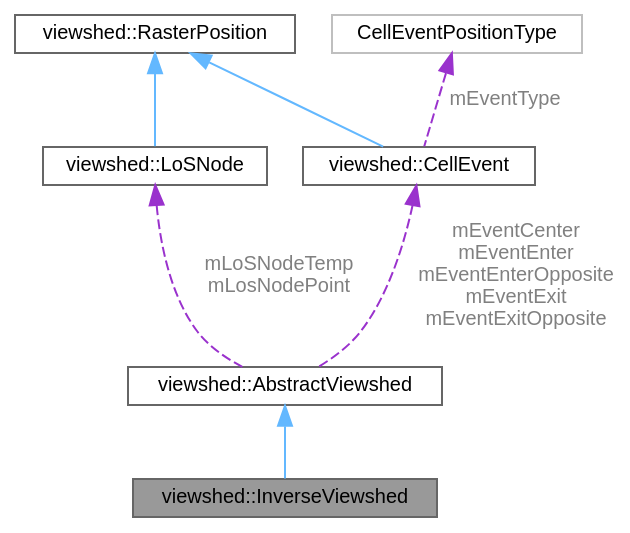
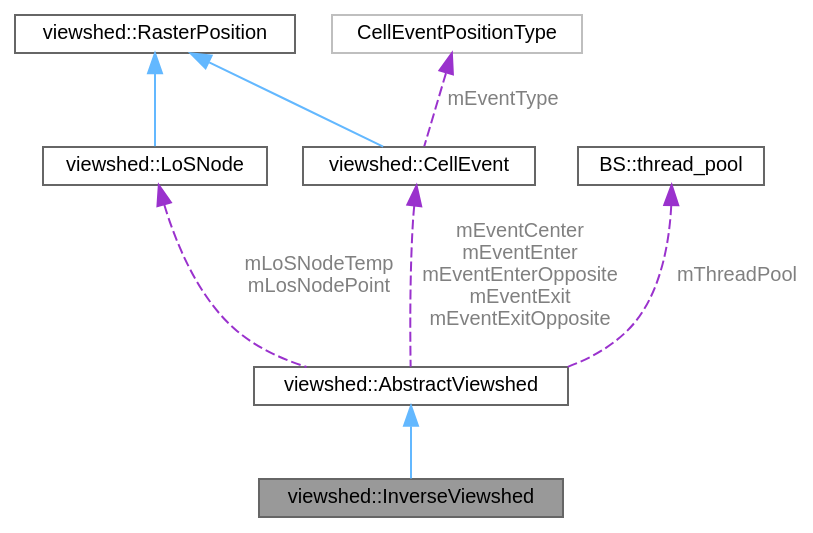
One commit to JanCaha/cpp-viewshed-library changed the diagram in classviewshed_1_1InverseViewshed__coll__graph.dot. Above: the diagram before and after it, drawn with Graphviz. The commit also changed 141 other files, not shown here.

```diff
--- a/classviewshed_1_1InverseViewshed__coll__graph.dot
+++ b/classviewshed_1_1InverseViewshed__coll__graph.dot
@@ -1,19 +1,21 @@
 digraph "viewshed::InverseViewshed"
 {
  // LATEX_PDF_SIZE
   bgcolor="transparent";
   edge [fontname=Helvetica,fontsize=10,labelfontname=Helvetica,labelfontsize=10];
   node [fontname=Helvetica,fontsize=10,shape=box,height=0.2,width=0.4];
   Node1 [id="Node000001",label="viewshed::InverseViewshed",height=0.2,width=0.4,color="gray40", fillcolor="grey60", style="filled", fontcolor="black",tooltip=" "];
   Node2 -> Node1 [id="edge1_Node000001_Node000002",dir="back",color="steelblue1",style="solid",tooltip=" "];
   Node2 [id="Node000002",label="viewshed::AbstractViewshed",height=0.2,width=0.4,color="gray40", fillcolor="white", style="filled",URL="$classviewshed_1_1AbstractViewshed.html",tooltip="Abstract class that represents viewshed calculation from this class specific implementations ( Viewsh..."];
   Node3 -> Node2 [id="edge2_Node000002_Node000003",dir="back",color="darkorchid3",style="dashed",tooltip=" ",label=" mLoSNodeTemp\nmLosNodePoint",fontcolor="grey" ];
   Node3 [id="Node000003",label="viewshed::LoSNode",height=0.2,width=0.4,color="gray40", fillcolor="white", style="filled",URL="$classviewshed_1_1LoSNode.html",tooltip="Representation of single cell that creates a point on LoS."];
   Node4 -> Node3 [id="edge3_Node000003_Node000004",dir="back",color="steelblue1",style="solid",tooltip=" "];
   Node4 [id="Node000004",label="viewshed::RasterPosition",height=0.2,width=0.4,color="gray40", fillcolor="white", style="filled",URL="$classviewshed_1_1RasterPosition.html",tooltip="Class to represent position on raster in term of row and column."];
-  Node5 -> Node2 [id="edge4_Node000002_Node000005",dir="back",color="darkorchid3",style="dashed",tooltip=" ",label=" mEventCenter\nmEventEnter\nmEventEnterOpposite\nmEventExit\nmEventExitOpposite",fontcolor="grey" ];
-  Node5 [id="Node000005",label="viewshed::CellEvent",height=0.2,width=0.4,color="gray40", fillcolor="white", style="filled",URL="$classviewshed_1_1CellEvent.html",tooltip="Class representing cell events for Van Kreveld's plane sweep algorithm. Stores cell position (row and..."];
-  Node4 -> Node5 [id="edge5_Node000005_Node000004",dir="back",color="steelblue1",style="solid",tooltip=" "];
-  Node6 -> Node5 [id="edge6_Node000005_Node000006",dir="back",color="darkorchid3",style="dashed",tooltip=" ",label=" mEventType",fontcolor="grey" ];
-  Node6 [id="Node000006",label="CellEventPositionType",height=0.2,width=0.4,color="grey75", fillcolor="white", style="filled",tooltip=" "];
+  Node5 -> Node2 [id="edge4_Node000002_Node000005",dir="back",color="darkorchid3",style="dashed",tooltip=" ",label=" mThreadPool",fontcolor="grey" ];
+  Node5 [id="Node000005",label="BS::thread_pool",height=0.2,width=0.4,color="gray40", fillcolor="white", style="filled",URL="$classBS_1_1thread__pool.html",tooltip="A fast, lightweight, and easy-to-use C++17 thread pool class."];
+  Node6 -> Node2 [id="edge5_Node000002_Node000006",dir="back",color="darkorchid3",style="dashed",tooltip=" ",label=" mEventCenter\nmEventEnter\nmEventEnterOpposite\nmEventExit\nmEventExitOpposite",fontcolor="grey" ];
+  Node6 [id="Node000006",label="viewshed::CellEvent",height=0.2,width=0.4,color="gray40", fillcolor="white", style="filled",URL="$classviewshed_1_1CellEvent.html",tooltip="Class representing cell events for Van Kreveld's plane sweep algorithm. Stores cell position (row and..."];
+  Node4 -> Node6 [id="edge6_Node000006_Node000004",dir="back",color="steelblue1",style="solid",tooltip=" "];
+  Node7 -> Node6 [id="edge7_Node000006_Node000007",dir="back",color="darkorchid3",style="dashed",tooltip=" ",label=" mEventType",fontcolor="grey" ];
+  Node7 [id="Node000007",label="CellEventPositionType",height=0.2,width=0.4,color="grey75", fillcolor="white", style="filled",tooltip=" "];
 }
```
